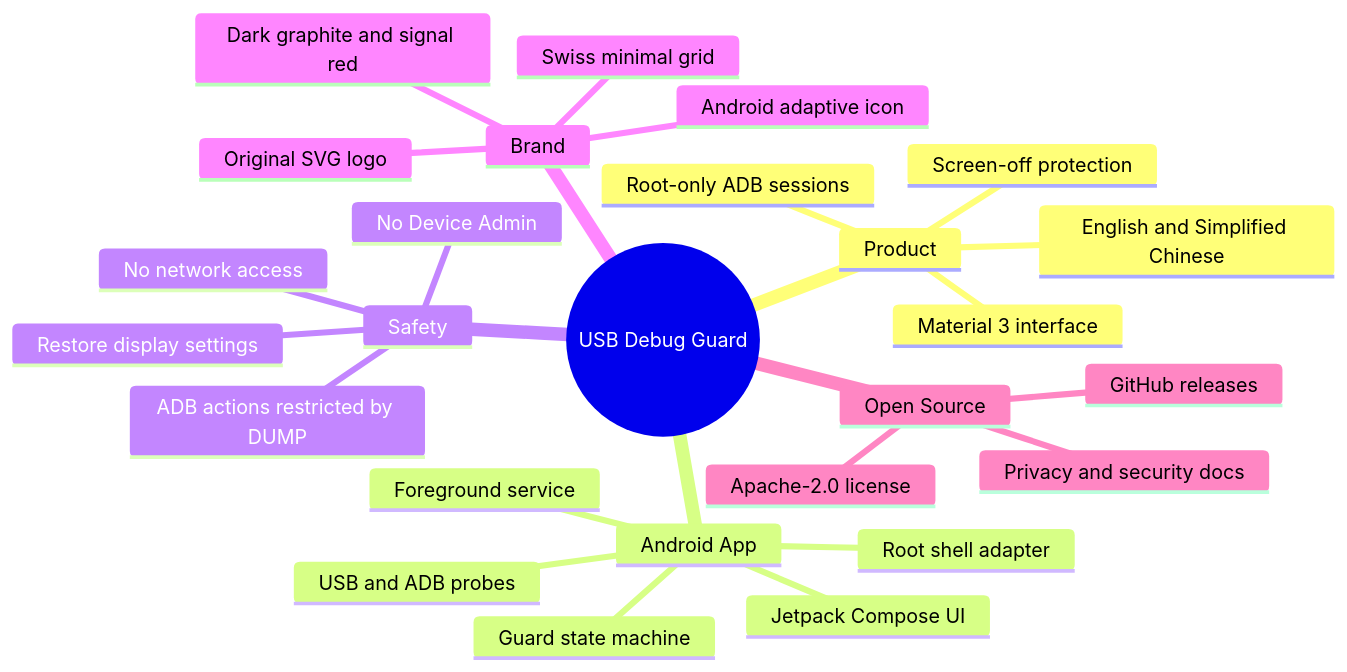
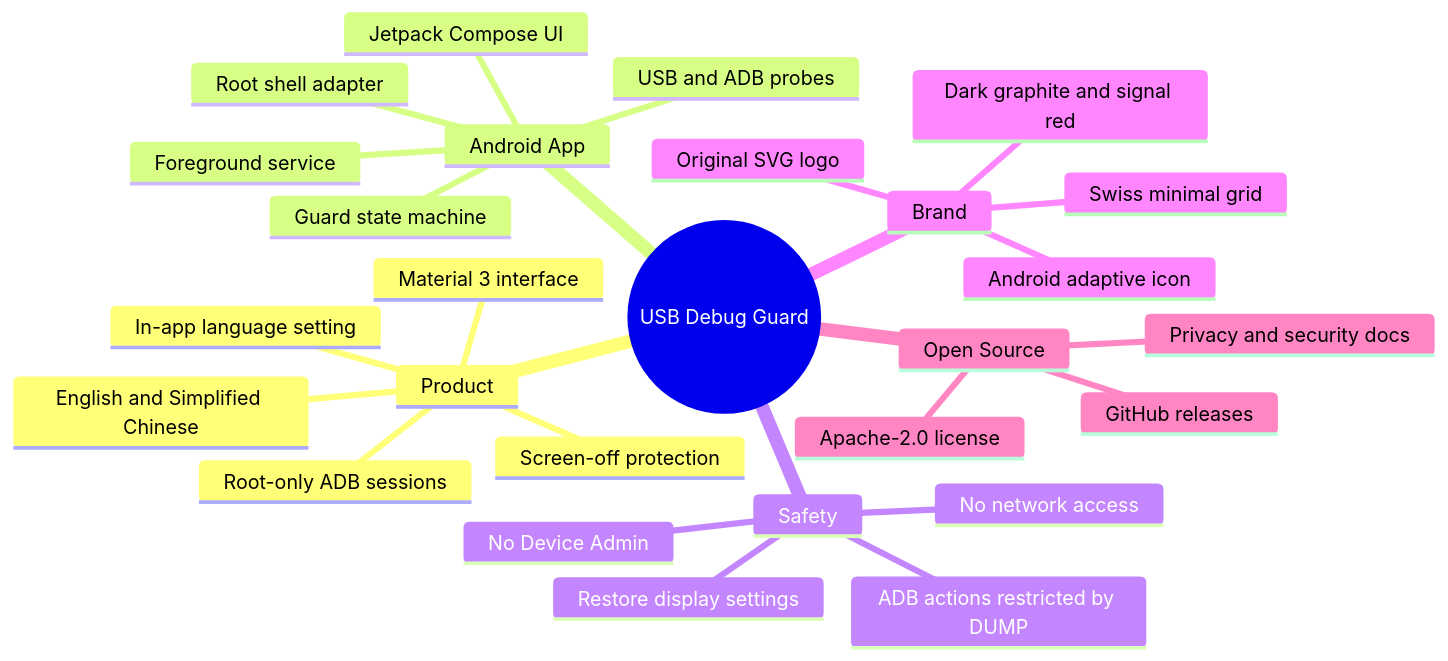
The diagram in README.md (Nongfsq/usb-debug-guard), drawn with Mermaid before and after one commit. The commit also changed other lines of this file and 17 other files, not shown here.

Commit message:
Add language setting and adaptive icon fix

````diff
--- a/README.md
+++ b/README.md
@@ -34,29 +34,30 @@
 ```mermaid
 mindmap
   root((USB Debug Guard))
     Product
       Root-only ADB sessions
       Screen-off protection
       Material 3 interface
       English and Simplified Chinese
+      In-app language setting
     Android App
       Jetpack Compose UI
       Foreground service
       Guard state machine
       USB and ADB probes
       Root shell adapter
     Safety
       No Device Admin
       No network access
       Restore display settings
       ADB actions restricted by DUMP
     Brand
       Original SVG logo
       Swiss minimal grid
       Dark graphite and signal red
       Android adaptive icon
     Open Source
       Apache-2.0 license
       Privacy and security docs
       GitHub releases
 ```
````
